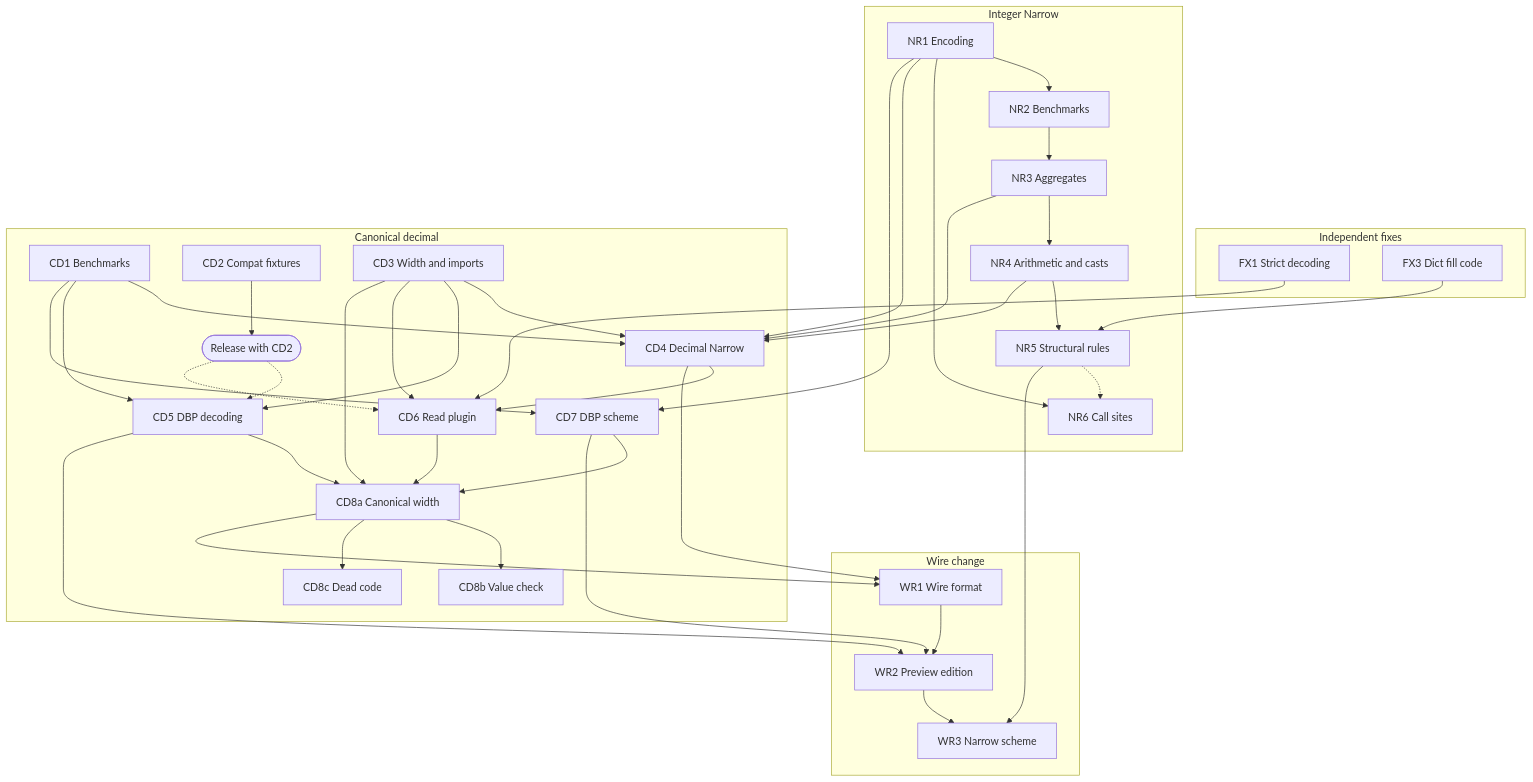
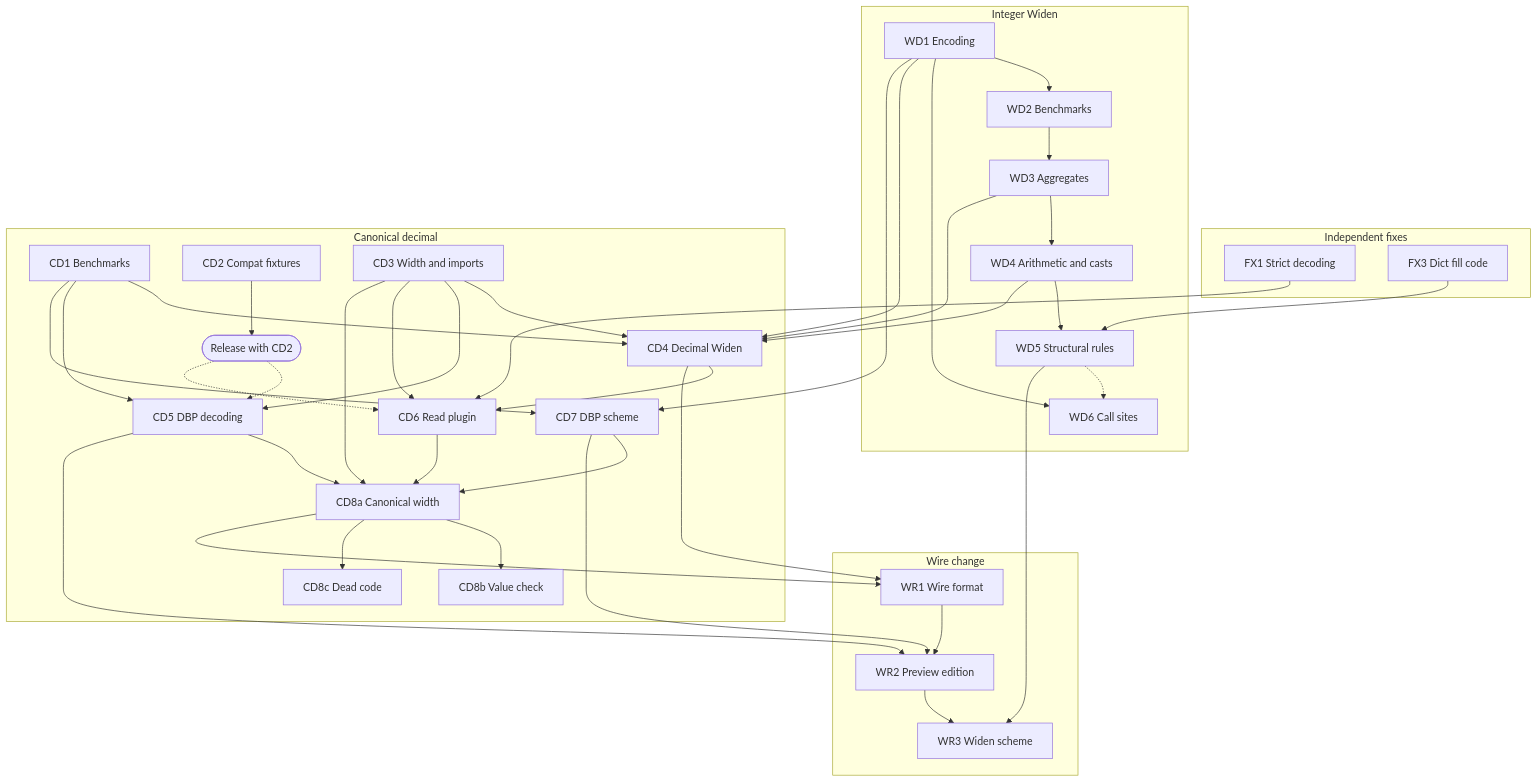
Before and after one commit to vortex-data/vortex: the diagram in research/decimal/04-implementation.md, drawn with Mermaid. The commit also changed other lines of this file and 11 other files, not shown here.

Commit message:
Rename the Narrow encoding to Widen

````diff
--- a/research/decimal/04-implementation.md
+++ b/research/decimal/04-implementation.md
@@ -106,66 +106,66 @@
 ```mermaid
 flowchart TD
     subgraph FIX["Independent fixes"]
         FX1["FX1 Strict decoding"]
         FX3["FX3 Dict fill code"]
     end
-    subgraph NR["Integer Narrow"]
-        NR1["NR1 Encoding"]
-        NR2["NR2 Benchmarks"]
-        NR3["NR3 Aggregates"]
-        NR4["NR4 Arithmetic and casts"]
-        NR5["NR5 Structural rules"]
-        NR6["NR6 Call sites"]
+    subgraph NR["Integer Widen"]
+        WD1["WD1 Encoding"]
+        WD2["WD2 Benchmarks"]
+        WD3["WD3 Aggregates"]
+        WD4["WD4 Arithmetic and casts"]
+        WD5["WD5 Structural rules"]
+        WD6["WD6 Call sites"]
     end
     subgraph CD["Canonical decimal"]
         CD1["CD1 Benchmarks"]
         CD2["CD2 Compat fixtures"]
         REL(["Release with CD2"])
         CD3["CD3 Width and imports"]
-        CD4["CD4 Decimal Narrow"]
+        CD4["CD4 Decimal Widen"]
         CD5["CD5 DBP decoding"]
         CD6["CD6 Read plugin"]
         CD7["CD7 DBP scheme"]
         CD8a["CD8a Canonical width"]
         CD8b["CD8b Value check"]
         CD8c["CD8c Dead code"]
     end
     subgraph WR["Wire change"]
         WR1["WR1 Wire format"]
         WR2["WR2 Preview edition"]
-        WR3["WR3 Narrow scheme"]
+        WR3["WR3 Widen scheme"]
     end
 
-    NR1 --> NR2 --> NR3 --> NR4 --> NR5
-    FX3 --> NR5
-    NR1 --> NR6
-    NR5 -.-> NR6
+    WD1 --> WD2 --> WD3 --> WD4 --> WD5
+    FX3 --> WD5
+    WD1 --> WD6
+    WD5 -.-> WD6
     CD2 --> REL
     REL -.-> CD5
     REL -.-> CD6
     CD1 --> CD4
     CD3 --> CD4
-    NR1 --> CD4
-    NR3 --> CD4
-    NR4 --> CD4
+    WD1 --> CD4
+    WD3 --> CD4
+    WD4 --> CD4
     CD1 --> CD5
     CD3 --> CD5
     FX1 --> CD6
     CD3 --> CD6
     CD4 --> CD6
-    NR1 --> CD7
+    WD1 --> CD7
     CD1 --> CD7
     CD3 --> CD8a
     CD5 --> CD8a
     CD6 --> CD8a
     CD7 --> CD8a
     CD8a --> CD8b
     CD8a --> CD8c
     CD8a --> WR1
     CD4 --> WR1
     WR1 --> WR2
     CD5 --> WR2
     CD7 --> WR2
     WR2 --> WR3
-    NR5 --> WR3
+    WD5 --> WR3
 ```
````
